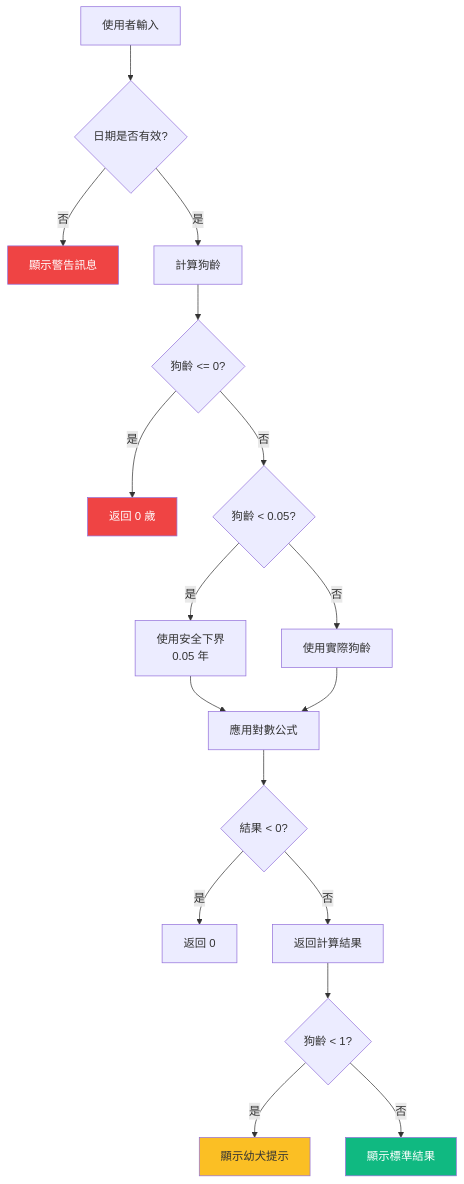
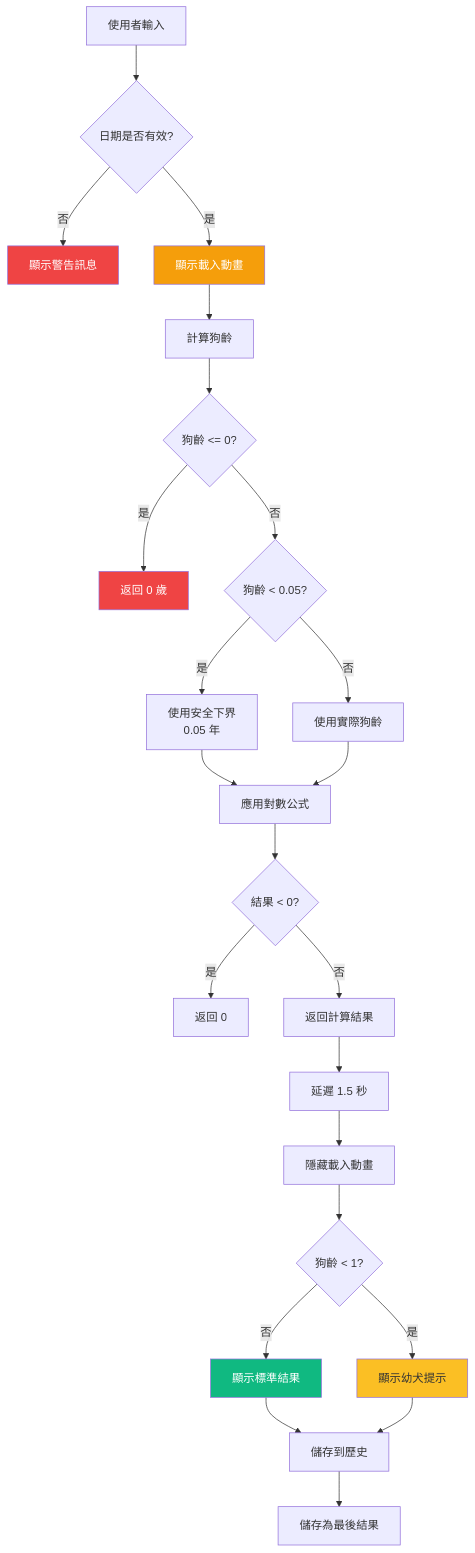
The fifth of 6 diagrams in README.md (dpi627/HexVC3DailyTask08), drawn with Mermaid before and after one commit. The commit also changed other lines of this file, not shown here.

Commit message:
更新 README.md，擴充專案簡介與核心特色，新增圖片輪播、智慧儲存及響應式設計等功能說明，並調整開發規範與功能亮點總覽

````diff
--- a/README.md
+++ b/README.md
@@ -226,29 +345,37 @@
 ```mermaid
 flowchart TD
     A[使用者輸入] --> B{日期是否有效?}
     B -->|否| C[顯示警告訊息]
-    B -->|是| D[計算狗齡]
-    
-    D --> E{狗齡 <= 0?}
-    E -->|是| F[返回 0 歲]
-    E -->|否| G{狗齡 < 0.05?}
-    
-    G -->|是| H[使用安全下界<br/>0.05 年]
-    G -->|否| I[使用實際狗齡]
-    
-    H --> J[應用對數公式]
-    I --> J
-    
-    J --> K{結果 < 0?}
-    K -->|是| L[返回 0]
-    K -->|否| M[返回計算結果]
-    
-    M --> N{狗齡 < 1?}
-    N -->|是| O[顯示幼犬提示]
-    N -->|否| P[顯示標準結果]
-    
+    B -->|是| D[顯示載入動畫]
+
+    D --> E[計算狗齡]
+    E --> F{狗齡 <= 0?}
+    F -->|是| G[返回 0 歲]
+    F -->|否| H{狗齡 < 0.05?}
+
+    H -->|是| I[使用安全下界<br/>0.05 年]
+    H -->|否| J[使用實際狗齡]
+
+    I --> K[應用對數公式]
+    J --> K
+
+    K --> L{結果 < 0?}
+    L -->|是| M[返回 0]
+    L -->|否| N[返回計算結果]
+
+    N --> O[延遲 1.5 秒]
+    O --> P[隱藏載入動畫]
+    P --> Q{狗齡 < 1?}
+    Q -->|是| R[顯示幼犬提示]
+    Q -->|否| S[顯示標準結果]
+
+    S --> T[儲存到歷史]
+    R --> T
+    T --> U[儲存為最後結果]
+
     style C fill:#ef4444,color:#fff
-    style F fill:#ef4444,color:#fff
-    style O fill:#fbbf24
-    style P fill:#10b981,color:#fff
+    style G fill:#ef4444,color:#fff
+    style D fill:#f59e0b,color:#fff
+    style R fill:#fbbf24
+    style S fill:#10b981,color:#fff
 ```
````
